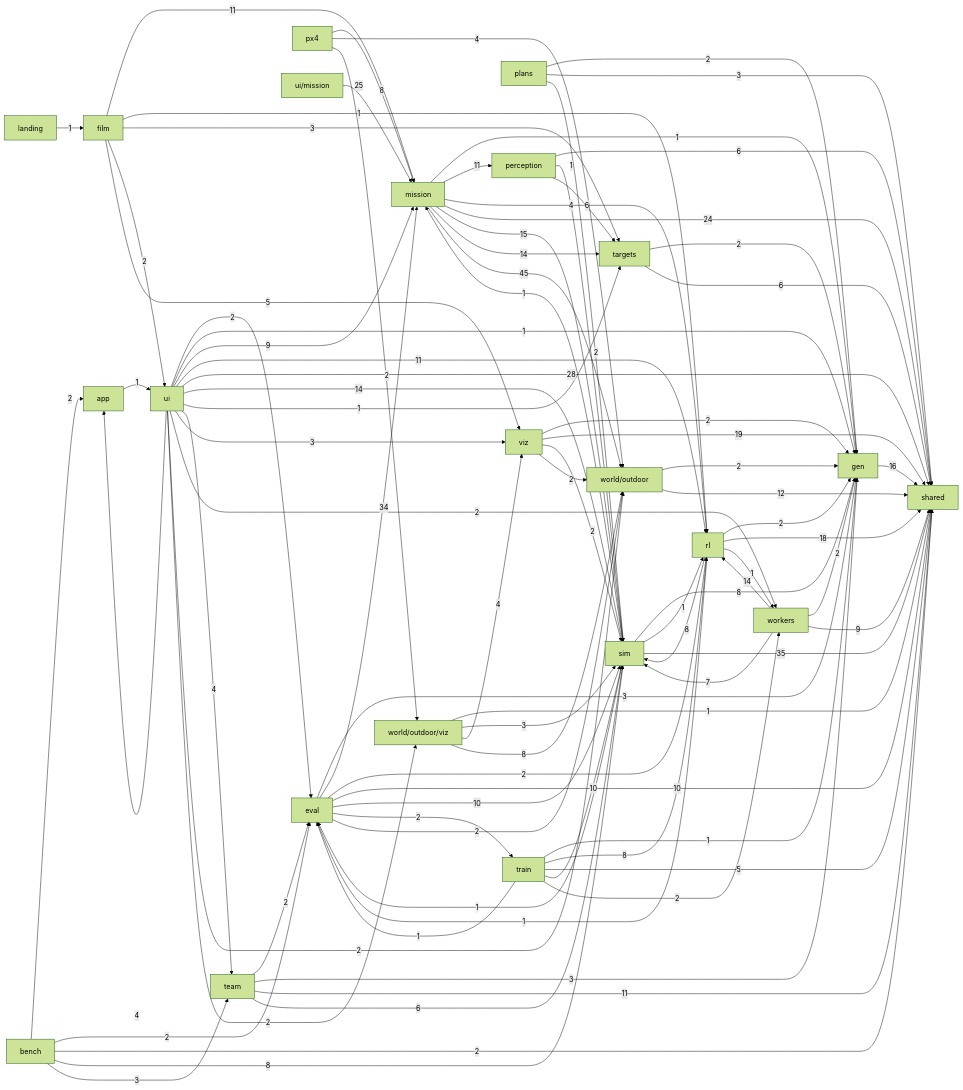
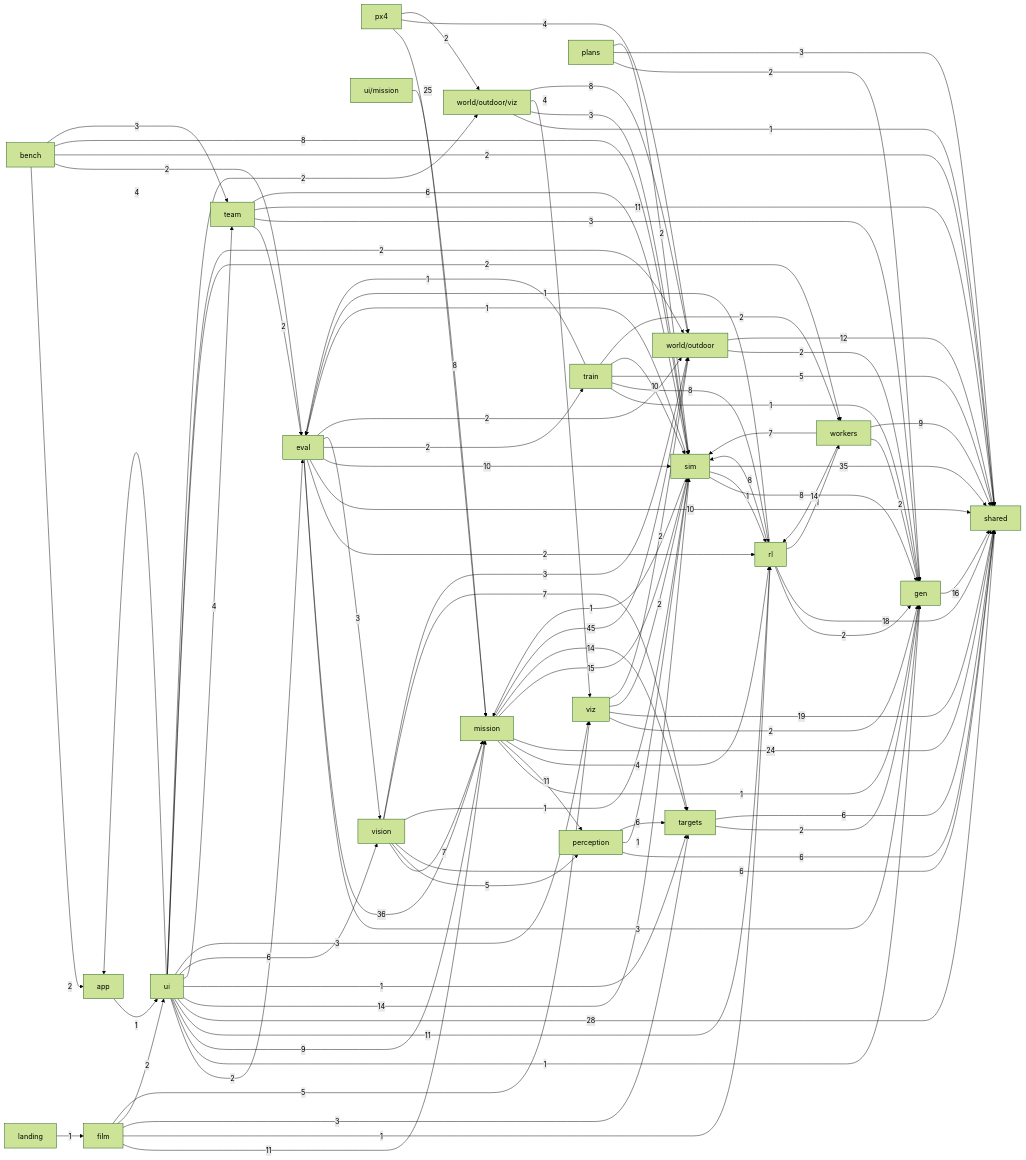
Before and after one commit to alexnieves-cs/frontier-fly: the second of 2 diagrams in docs/ARCHITECTURE.md, drawn with Mermaid (forest theme). The commit also changed other lines of this file and 7 other files, not shown here.

First line of the commit message:
Search by sight: mission bench on fresh worlds, REPORT section, figure and README

```diff
--- a/docs/ARCHITECTURE.md
+++ b/docs/ARCHITECTURE.md
@@ -94,6 +94,7 @@
   train["train"]
   ui["ui"]
   ui_mission["ui/mission"]
+  vision["vision"]
   viz["viz"]
   workers["workers"]
   world_outdoor["world/outdoor"]
@@ -105,11 +106,12 @@
   bench -->|8| sim
   bench -->|3| team
   eval -->|3| gen
-  eval -->|34| mission
+  eval -->|36| mission
   eval -->|2| rl
   eval -->|10| shared
   eval -->|10| sim
   eval -->|2| train
+  eval -->|3| vision
   eval -->|2| world_outdoor
   film -->|11| mission
   film -->|1| rl
@@ -166,10 +168,17 @@
   ui -->|14| sim
   ui -->|1| targets
   ui -->|4| team
+  ui -->|6| vision
   ui -->|3| viz
   ui -->|2| workers
   ui -->|2| world_outdoor
   ui -->|2| world_outdoor_viz
+  vision -->|7| mission
+  vision -->|5| perception
+  vision -->|6| shared
+  vision -->|1| sim
+  vision -->|7| targets
+  vision -->|3| world_outdoor
   viz -->|2| gen
   viz -->|19| shared
   viz -->|2| sim
```
